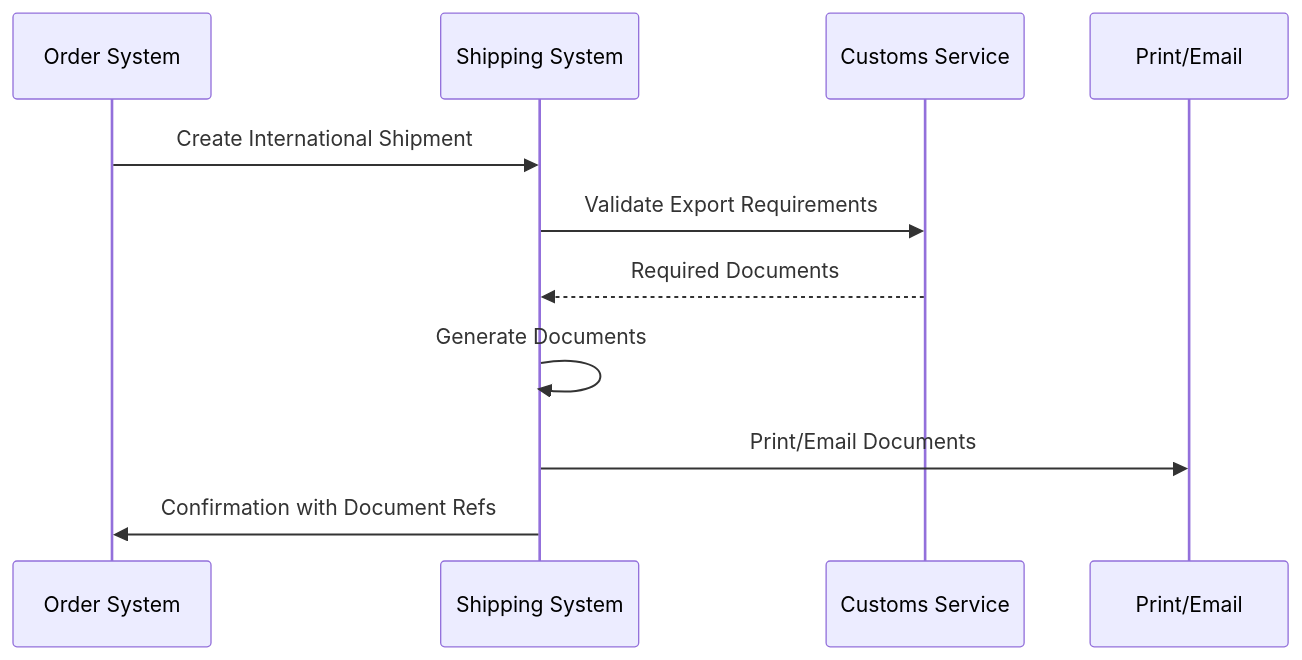
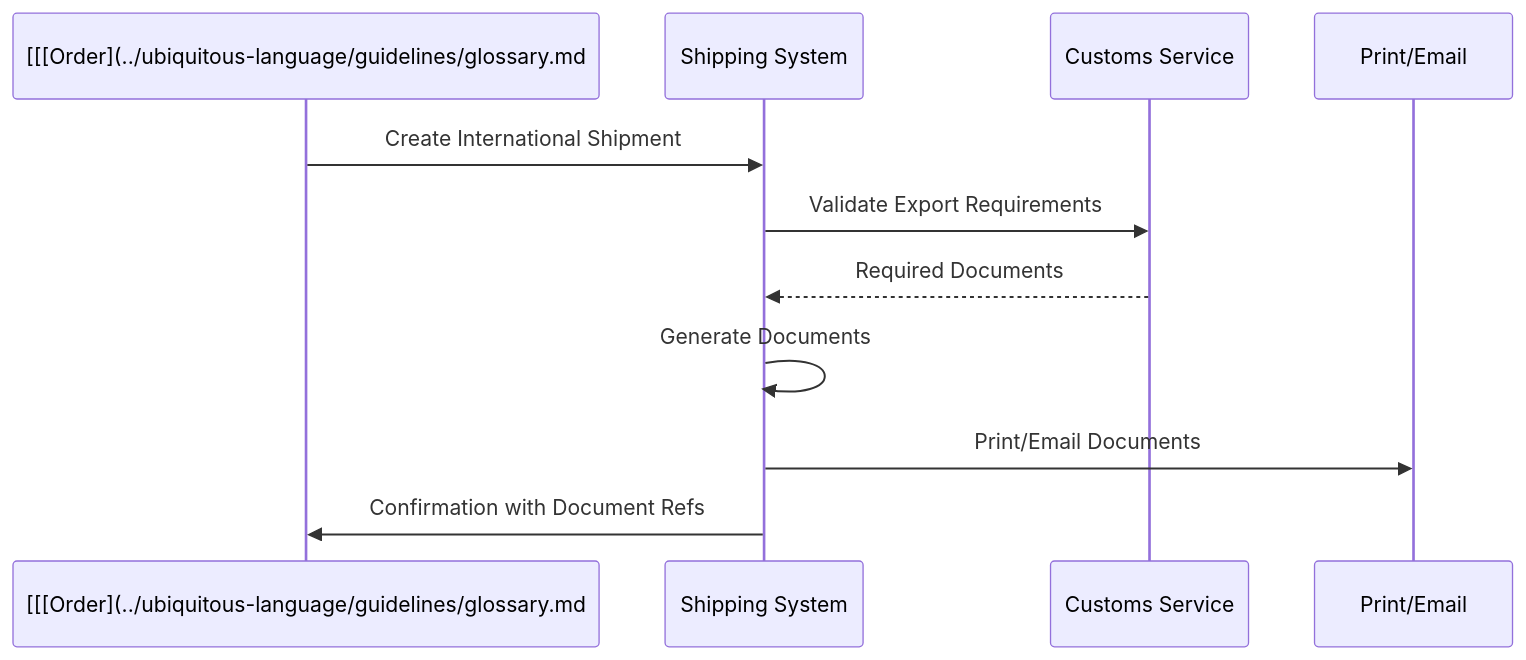
The diagram in DDD_Artefacts/docs/v2/domain-knowledge/core-contexts/shipping/README.md (chris00walker/domain-model), drawn with Mermaid before and after one commit. The commit also changed other lines of this file and 26 other files, not shown here.

````diff
--- a/DDD_Artefacts/docs/v2/domain-knowledge/core-contexts/shipping/README.md
+++ b/DDD_Artefacts/docs/v2/domain-knowledge/core-contexts/shipping/README.md
@@ -870,14 +870,14 @@
 ```mermaid
 sequenceDiagram
-    participant O as Order System
+    participant O as [[[Order](../ubiquitous-language/guidelines/glossary.md#order)](../ubiquitous-language/guidelines/glossary.md#order)](../ubiquitous-language/guidelines/glossary.md#order) System
     participant S as Shipping System
     participant C as Customs Service
     participant P as Print/Email
     
     O->>S: Create International Shipment
     S->>C: Validate Export Requirements
     C-->>S: Required Documents
     S->>S: Generate Documents
     S->>P: Print/Email Documents
     S->>O: Confirmation with Document Refs
 ```
````
